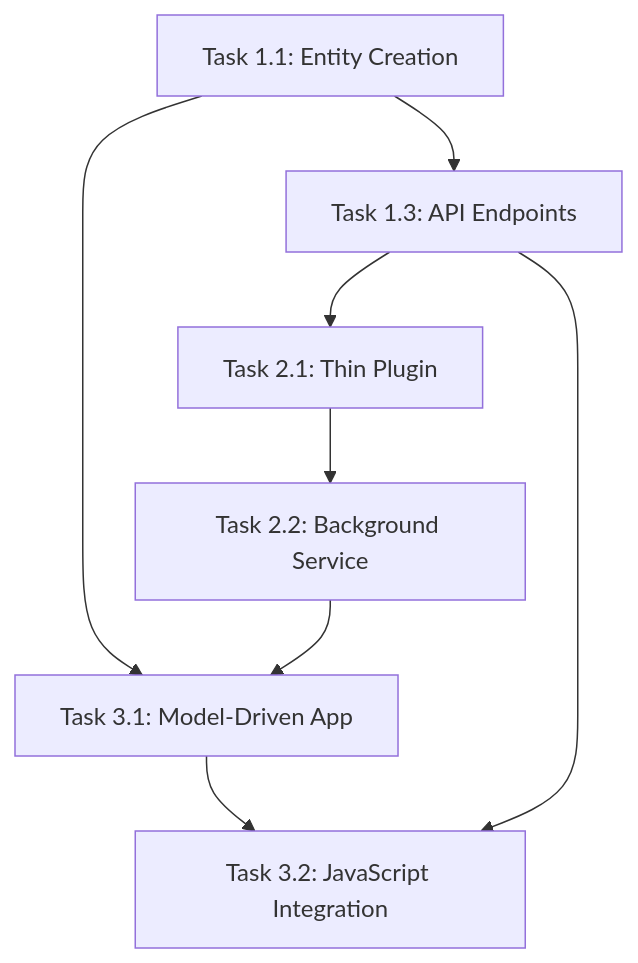
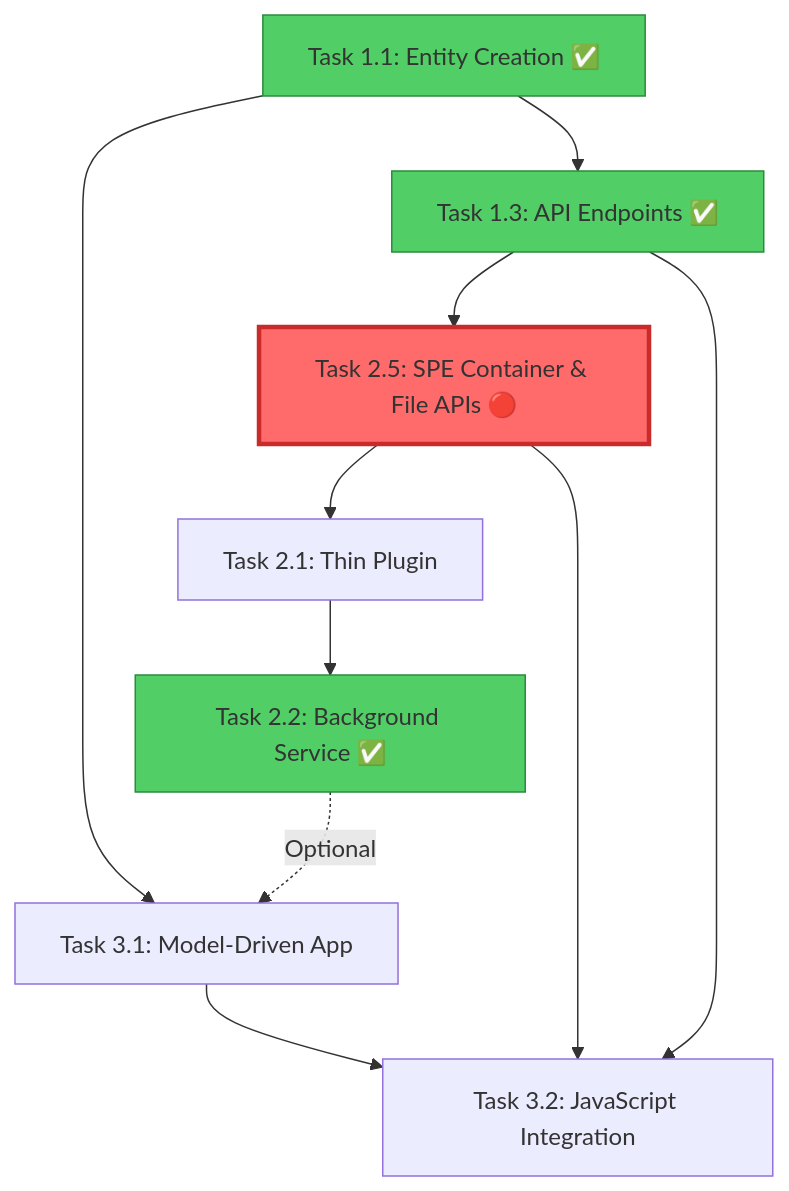
One commit to spaarke-dev/spaarke changed the diagram in dev/projects/sdap_project/Sprint 2/README.md. Above: the diagram before and after it, drawn with Mermaid. The commit also changed other lines of this file and 70 other files, not shown here.

````diff
--- a/dev/projects/sdap_project/Sprint 2/README.md
+++ b/dev/projects/sdap_project/Sprint 2/README.md
@@ -75,10 +89,17 @@
 ```mermaid
 graph TD
-    A[Task 1.1: Entity Creation] --> B[Task 1.3: API Endpoints]
-    B --> C[Task 2.1: Thin Plugin]
-    C --> D[Task 2.2: Background Service]
+    A[Task 1.1: Entity Creation ✅] --> B[Task 1.3: API Endpoints ✅]
+    B --> G[Task 2.5: SPE Container & File APIs 🔴]
+    G --> C[Task 2.1: Thin Plugin]
+    C --> D[Task 2.2: Background Service ✅]
     A --> E[Task 3.1: Model-Driven App]
-    D --> E
+    D -.Optional.-> E
     E --> F[Task 3.2: JavaScript Integration]
+    G --> F
     B --> F
+
+    style G fill:#ff6b6b,stroke:#c92a2a,stroke-width:3px
+    style A fill:#51cf66,stroke:#2b8a3e
+    style B fill:#51cf66,stroke:#2b8a3e
+    style D fill:#51cf66,stroke:#2b8a3e
 ```
````
